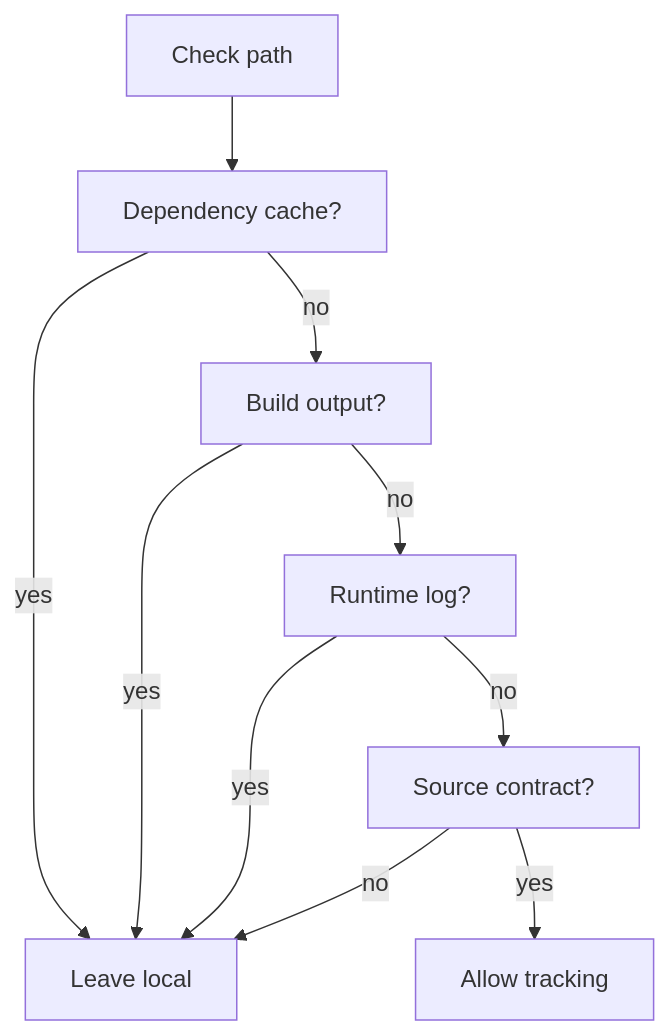
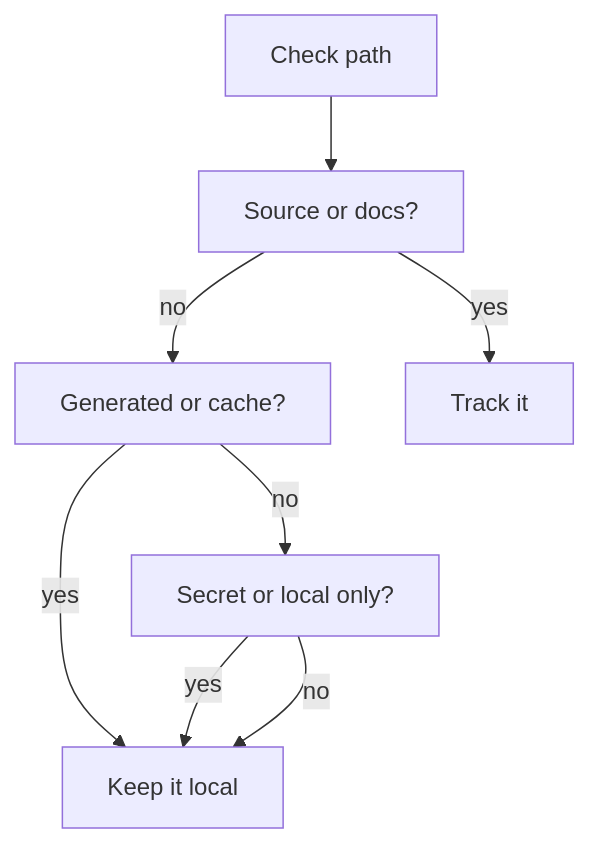
The diagram in docs/Codebase/.gitignore.md (JohnAndrewBalbarosa/NeoTerritory), drawn with Mermaid before and after one commit. The commit also changed other lines of this file and 75 other files, not shown here.

````diff
--- a/docs/Codebase/.gitignore.md
+++ b/docs/Codebase/.gitignore.md
@@ -23,19 +36,16 @@
 ```mermaid
 flowchart TD
     Start["Check path"]
-    N0["Dependency cache?"]
-    N1["Build output?"]
-    N2["Runtime log?"]
-    N3["Source contract?"]
-    Drop["Leave local"]
-    Track["Allow tracking"]
-    Start --> N0
-    N0 -->|yes| Drop
-    N0 -->|no| N1
-    N1 -->|yes| Drop
-    N1 -->|no| N2
-    N2 -->|yes| Drop
-    N2 -->|no| N3
-    N3 -->|yes| Track
-    N3 -->|no| Drop
+    A["Source or docs?"]
+    B["Generated or cache?"]
+    C["Secret or local only?"]
+    Track["Track it"]
+    Drop["Keep it local"]
+    Start --> A
+    A -->|yes| Track
+    A -->|no| B
+    B -->|yes| Drop
+    B -->|no| C
+    C -->|yes| Drop
+    C -->|no| Drop
 ```
````
